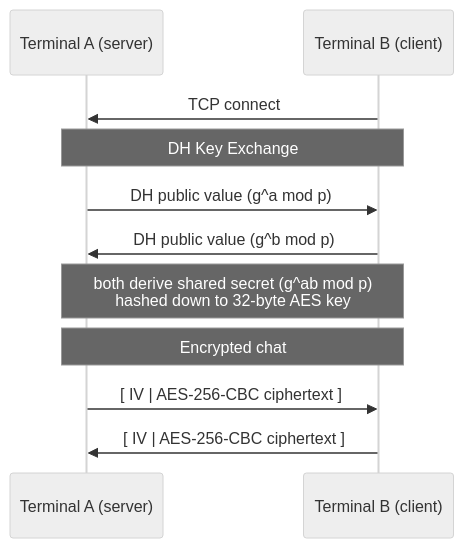
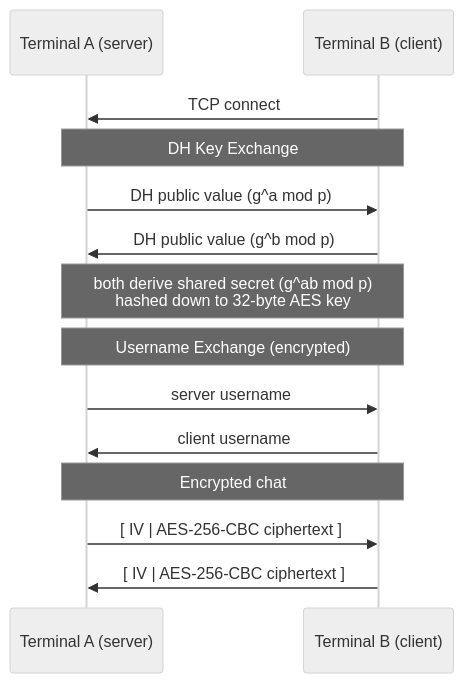
One commit to thomaspage24/chatOverTcp changed the diagram in README.md. Above: the diagram before and after it, drawn with Mermaid (neutral theme). The commit also changed other lines of this file and 53 other files, not shown here.

````diff
--- a/README.md
+++ b/README.md
@@ -11,16 +11,20 @@
 ```mermaid
 sequenceDiagram
     participant A as Terminal A (server)
     participant B as Terminal B (client)
 
     B->>A: TCP connect
 
     Note over A,B: DH Key Exchange
     A->>B: DH public value (g^a mod p)
     B->>A: DH public value (g^b mod p)
     Note over A,B: both derive shared secret (g^ab mod p)<br/>hashed down to 32-byte AES key
 
+    Note over A,B: Username Exchange (encrypted)
+    A->>B: server username
+    B->>A: client username
+
     Note over A,B: Encrypted chat
     A->>B: [ IV | AES-256-CBC ciphertext ]
     B->>A: [ IV | AES-256-CBC ciphertext ]
 ```
````
